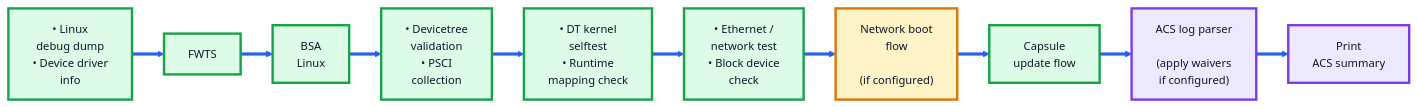
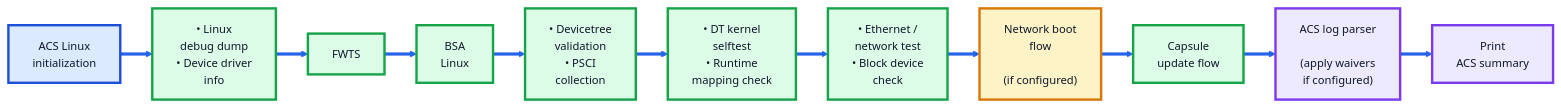
One commit to manjunath3divakar/arm-systemready changed the seventh of 8 diagrams in docs/systemredy_devicetree_band_flow.md. Above: the diagram before and after it, drawn with Mermaid. The commit also changed other lines of this file, not shown here.

Commit message:
Update ACS flow diagrams in documentation

````diff
--- a/docs/systemredy_devicetree_band_flow.md
+++ b/docs/systemredy_devicetree_band_flow.md
@@ -373,48 +386,52 @@
 ```mermaid
 %%{init: {
   "theme": "base",
   "flowchart": {
     "curve": "linear",
     "nodeSpacing": 30,
     "rankSpacing": 40
   },
   "themeVariables": {
     "fontFamily": "Arial",
     "fontSize": "14px",
     "primaryBorderColor": "#0f172a",
     "lineColor": "#2563eb",
     "tertiaryColor": "#ffffff"
   }
 }}%%
 
 flowchart LR
 
     linkStyle default stroke:#2563eb,stroke-width:4px;
 
-    A["• Linux<br/>  debug dump<br/>• Device driver<br/>  info"]
-    A --> B["FWTS"]
-    B --> C["BSA<br/>Linux"]
+    A["ACS Linux<br/>initialization"]
 
-    C --> D["• Devicetree<br/>  validation<br/>• PSCI<br/>  collection"]
+    A --> B["• Linux<br/>  debug dump<br/>• Device driver<br/>  info"]
+    B --> C["FWTS"]
+    C --> D["BSA<br/>Linux"]
 
-    D --> E["• DT kernel<br/>  selftest<br/>• Runtime<br/>  mapping check"]
+    D --> E["• Devicetree<br/>  validation<br/>• PSCI<br/>  collection"]
 
-    E --> F["• Ethernet /<br/>  network test<br/>• Block device<br/>  check"]
+    E --> F["• DT kernel<br/>  selftest<br/>• Runtime<br/>  mapping check"]
 
-    F --> G["Network boot<br/>flow<br/><br/>(if configured)"]
-    G --> H["Capsule<br/>update flow"]
+    F --> G["• Ethernet /<br/>  network test<br/>• Block device<br/>  check"]
 
-    H --> I["ACS log parser<br/><br/>(apply waivers<br/>if configured)"]
-    I --> J["Print<br/>ACS summary"]
+    G --> H["Network boot<br/>flow<br/><br/>(if configured)"]
+    H --> I["Capsule<br/>update flow"]
 
-    click G "https://github.com/manjunath3divakar/arm-systemready/blob/flow_docs/docs/systemready_dt_band_flow.md#4-network-boot-flow" "Go to Network Boot Flow"
-    click H "https://github.com/manjunath3divakar/arm-systemready/blob/flow_docs/docs/systemready_dt_band_flow.md#5-capsule-update-flow" "Go to Capsule Update Flow"
+    I --> J["ACS log parser<br/><br/>(apply waivers<br/>if configured)"]
+    J --> K["Print<br/>ACS summary"]
 
+    click H "https://github.com/manjunath3divakar/arm-systemready/blob/flow_docs/docs/systemredy_devicetree_band_flow.md#network-boot" "Go to Network Boot Flow"
+    click I "https://github.com/manjunath3divakar/arm-systemready/blob/flow_docs/docs/systemredy_devicetree_band_flow.md#capsule-update-flow" "Go to Capsule Update Flow"
+
+    classDef entry fill:#dbeafe,stroke:#1d4ed8,stroke-width:3px,color:#0f172a;
     classDef linux fill:#dcfce7,stroke:#16a34a,stroke-width:3px,color:#0f172a;
     classDef optional fill:#fef3c7,stroke:#d97706,stroke-width:3px,color:#0f172a;
     classDef result fill:#ede9fe,stroke:#7c3aed,stroke-width:3px,color:#0f172a;
 
-    class A,B,C,D,E,F,H linux;
-    class G optional;
-    class I,J result;
+    class A entry;
+    class B,C,D,E,F,G,I linux;
+    class H optional;
+    class J,K result;
 ```
````
